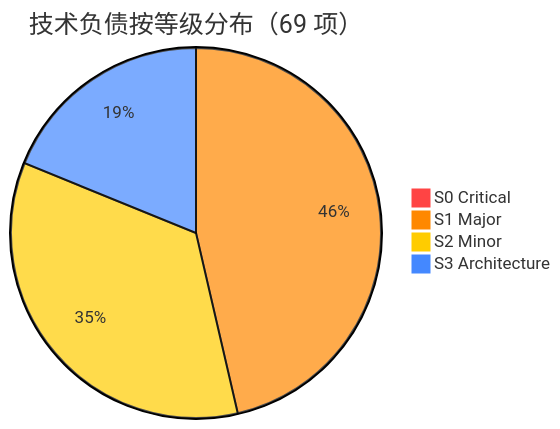
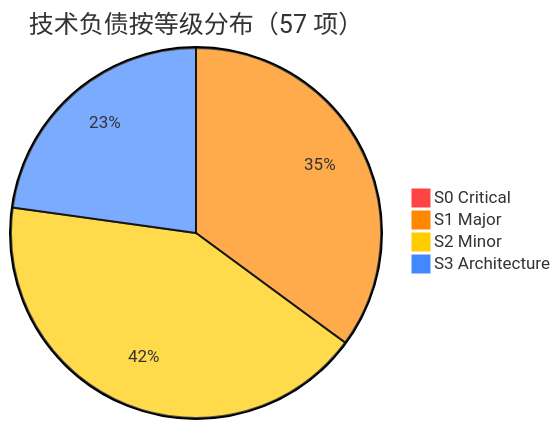
The diagram in debt/DASHBOARD.md (j19800/MemALL), drawn with Mermaid before and after one commit. The commit also changed other lines of this file and 6 other files, not shown here.

````diff
--- a/debt/DASHBOARD.md
+++ b/debt/DASHBOARD.md
@@ -11,8 +11,8 @@
 ```mermaid
 %%{init: {'theme': 'base', 'themeVariables': { 'pie1': '#ff4444', 'pie2': '#ff8800', 'pie3': '#ffcc00', 'pie4': '#4488ff'}}}%%
-pie title 技术负债按等级分布（69 项）
+pie title 技术负债按等级分布（57 项）
     "S0 Critical" : 0
-    "S1 Major" : 32
+    "S1 Major" : 20
     "S2 Minor" : 24
     "S3 Architecture" : 13
 ```
````
